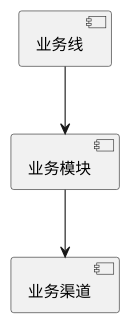
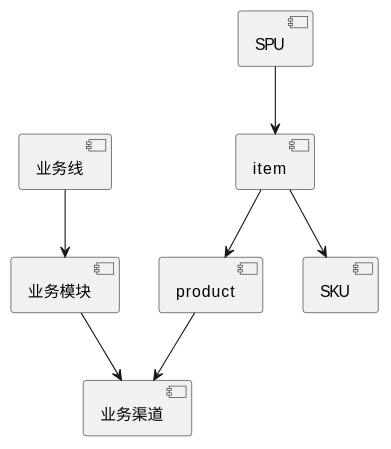
One commit to Wang-Ray/Wang-Ray.github.io changed the diagram in assets/plantuml/commodity.md. Above: the diagram before and after it, drawn with PlantUML. The commit also changed 6 other files, not shown here.

````diff
--- a/assets/plantuml/commodity.md
+++ b/assets/plantuml/commodity.md
@@ -1,11 +1,19 @@
 ```plantuml
 @startuml
 component 业务线 as businessLine
 component 业务模块 as businessModule
 component 业务渠道 as businessChannel
+component product
+component item
+component SPU
+component SKU
 
 businessLine --> businessModule
 businessModule --> businessChannel
+product --> businessChannel
+SPU --> item
+item --> SKU
+item --> product
 
 @enduml
 ```
````
